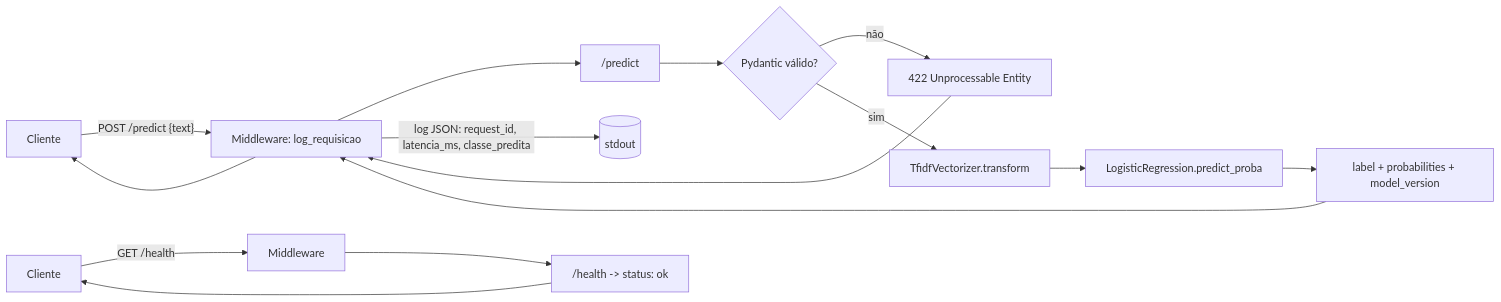
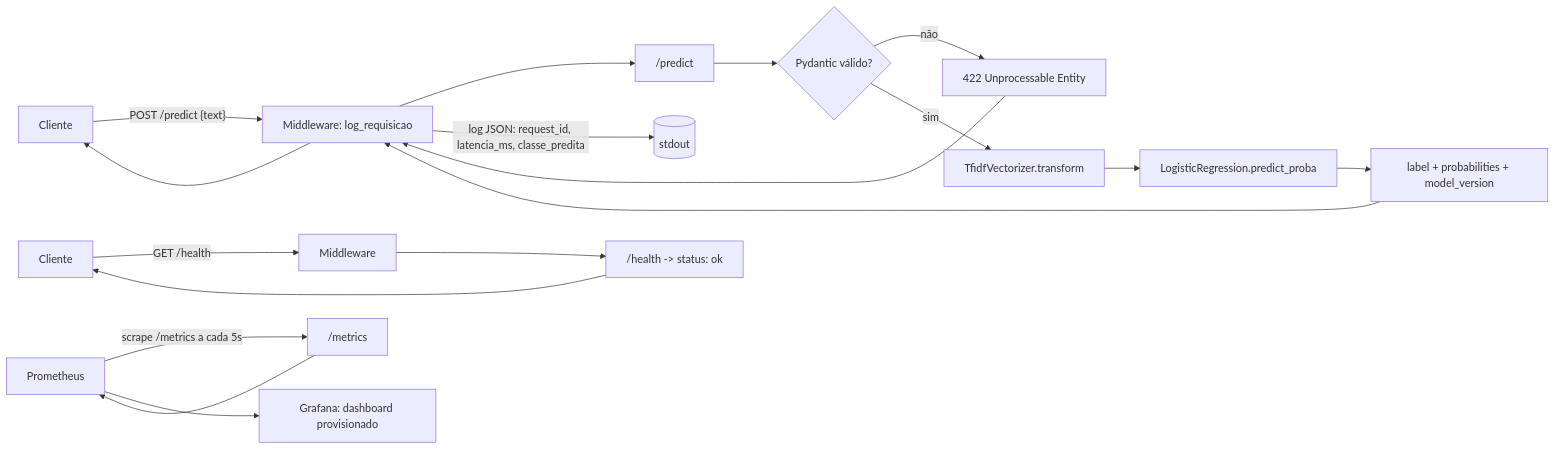
The first of 2 diagrams in docs/ARCHITECTURE.md (NycolasGarcia/Medical-Triage-NLP), drawn with Mermaid before and after one commit. The commit also changed other lines of this file and 3 other files, not shown here.

````diff
--- a/docs/ARCHITECTURE.md
+++ b/docs/ARCHITECTURE.md
@@ -28,16 +28,20 @@
 ```mermaid
 flowchart LR
     C[Cliente] -->|"POST /predict {text}"| MW[Middleware: log_requisicao]
     MW --> EP["/predict"]
     EP --> VAL{Pydantic válido?}
     VAL -->|não| ERR["422 Unprocessable Entity"]
     VAL -->|sim| VEC[TfidfVectorizer.transform]
     VEC --> CLF[LogisticRegression.predict_proba]
     CLF --> RESP["label + probabilities + model_version"]
     RESP --> MW
     ERR --> MW
     MW -->|"log JSON: request_id, latencia_ms, classe_predita"| LOG[(stdout)]
     MW --> C
 
     H[Cliente] -->|GET /health| MW2[Middleware] --> HE["/health -> status: ok"] --> H
+
+    P[Prometheus] -->|"scrape /metrics a cada 5s"| ME["/metrics"]
+    ME --> P
+    P --> G[Grafana: dashboard provisionado]
 ```
````
